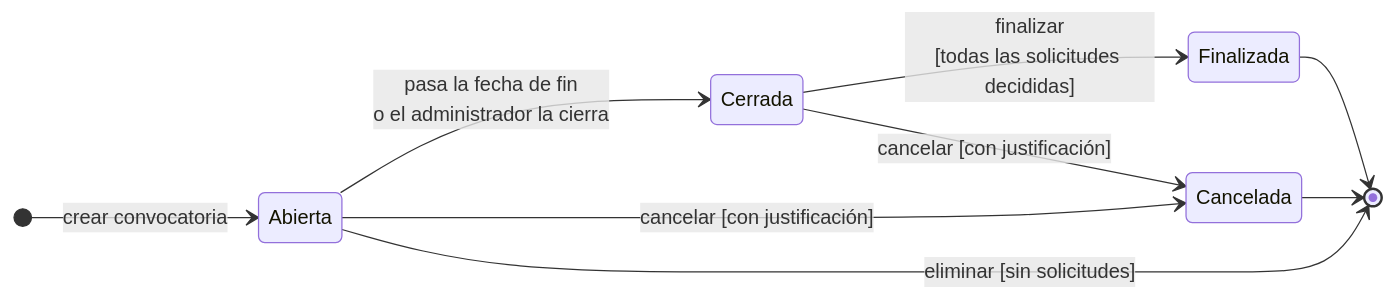
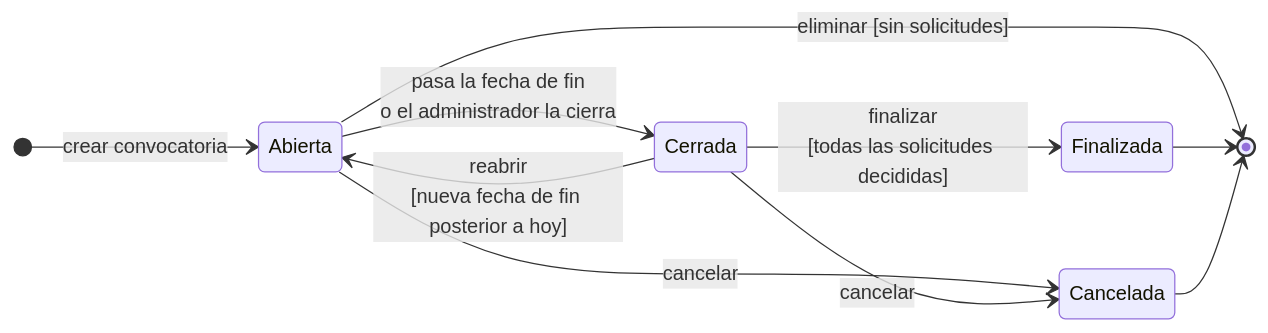
The first of 2 diagrams in diagramas/estados-convocatoria.md (SemilleroSOLID/clean-architecture-api), drawn with Mermaid before and after one commit. The commit also changed other lines of this file, not shown here.

````diff
--- a/diagramas/estados-convocatoria.md
+++ b/diagramas/estados-convocatoria.md
@@ -16,12 +16,13 @@
 ```mermaid
 stateDiagram-v2
     direction LR
     [*] --> Abierta : crear convocatoria
     Abierta --> Cerrada : pasa la fecha de fin<br/>o el administrador la cierra
+    Cerrada --> Abierta : reabrir<br/>[nueva fecha de fin posterior a hoy]
     Cerrada --> Finalizada : finalizar<br/>[todas las solicitudes decididas]
-    Abierta --> Cancelada : cancelar [con justificación]
-    Cerrada --> Cancelada : cancelar [con justificación]
+    Abierta --> Cancelada : cancelar
+    Cerrada --> Cancelada : cancelar
     Abierta --> [*] : eliminar [sin solicitudes]
     Finalizada --> [*]
     Cancelada --> [*]
 ```
````
